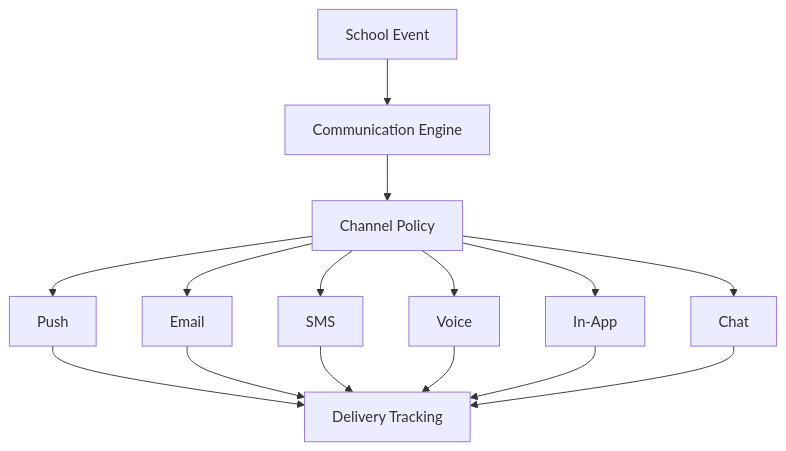
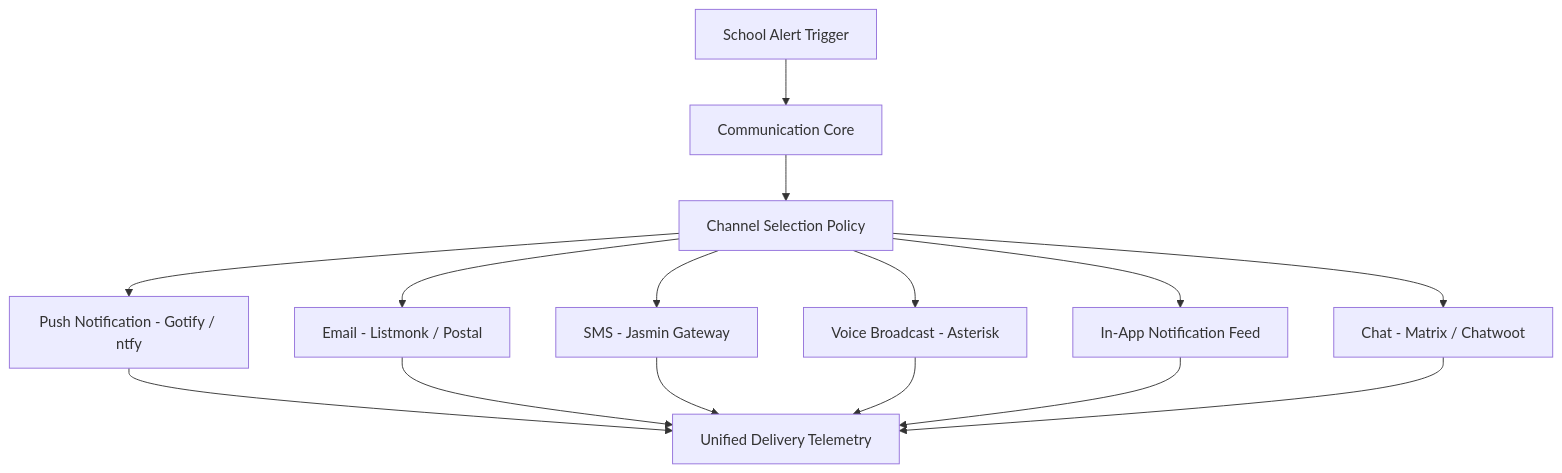
The seventh of 7 diagrams in README.md (ishandutta2007/Awesome-School-Communication), drawn with Mermaid before and after one commit. The commit also changed other lines of this file and 2 other files, not shown here.

````diff
--- a/README.md
+++ b/README.md
@@ -1568,40 +549,18 @@
 ```mermaid
 flowchart TD
+    EVENT[School Alert Trigger] --> ENGINE[Communication Core]
+    ENGINE --> POLICY[Channel Selection Policy]
+    POLICY --> PUSH[Push Notification - Gotify / ntfy]
+    POLICY --> EMAIL[Email - Listmonk / Postal]
+    POLICY --> SMS[SMS - Jasmin Gateway]
+    POLICY --> VOICE[Voice Broadcast - Asterisk]
+    POLICY --> INAPP[In-App Notification Feed]
+    POLICY --> CHAT[Chat - Matrix / Chatwoot]
 
-    EVENT[School Event]
-
-    ENGINE[Communication Engine]
-
-    POLICY[Channel Policy]
-
-    PUSH[Push]
-
-    EMAIL[Email]
-
-    SMS[SMS]
-
-    VOICE[Voice]
-
-    INAPP[In-App]
-
-    CHAT[Chat]
-
-    TRACK[Delivery Tracking]
-
-    EVENT --> ENGINE
-    ENGINE --> POLICY
-
-    POLICY --> PUSH
-    POLICY --> EMAIL
-    POLICY --> SMS
-    POLICY --> VOICE
-    POLICY --> INAPP
-    POLICY --> CHAT
-
-    PUSH --> TRACK
+    PUSH --> TRACK[Unified Delivery Telemetry]
     EMAIL --> TRACK
     SMS --> TRACK
     VOICE --> TRACK
     INAPP --> TRACK
     CHAT --> TRACK
 ```
````
